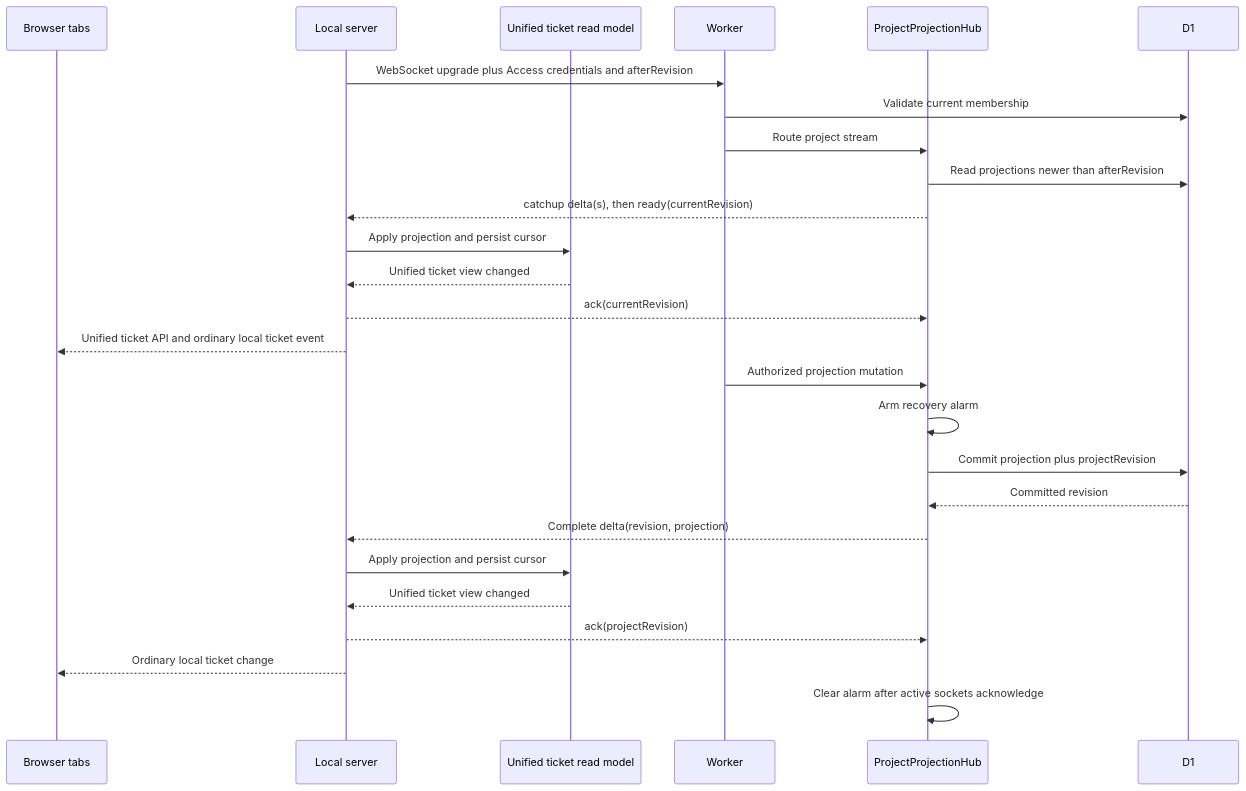
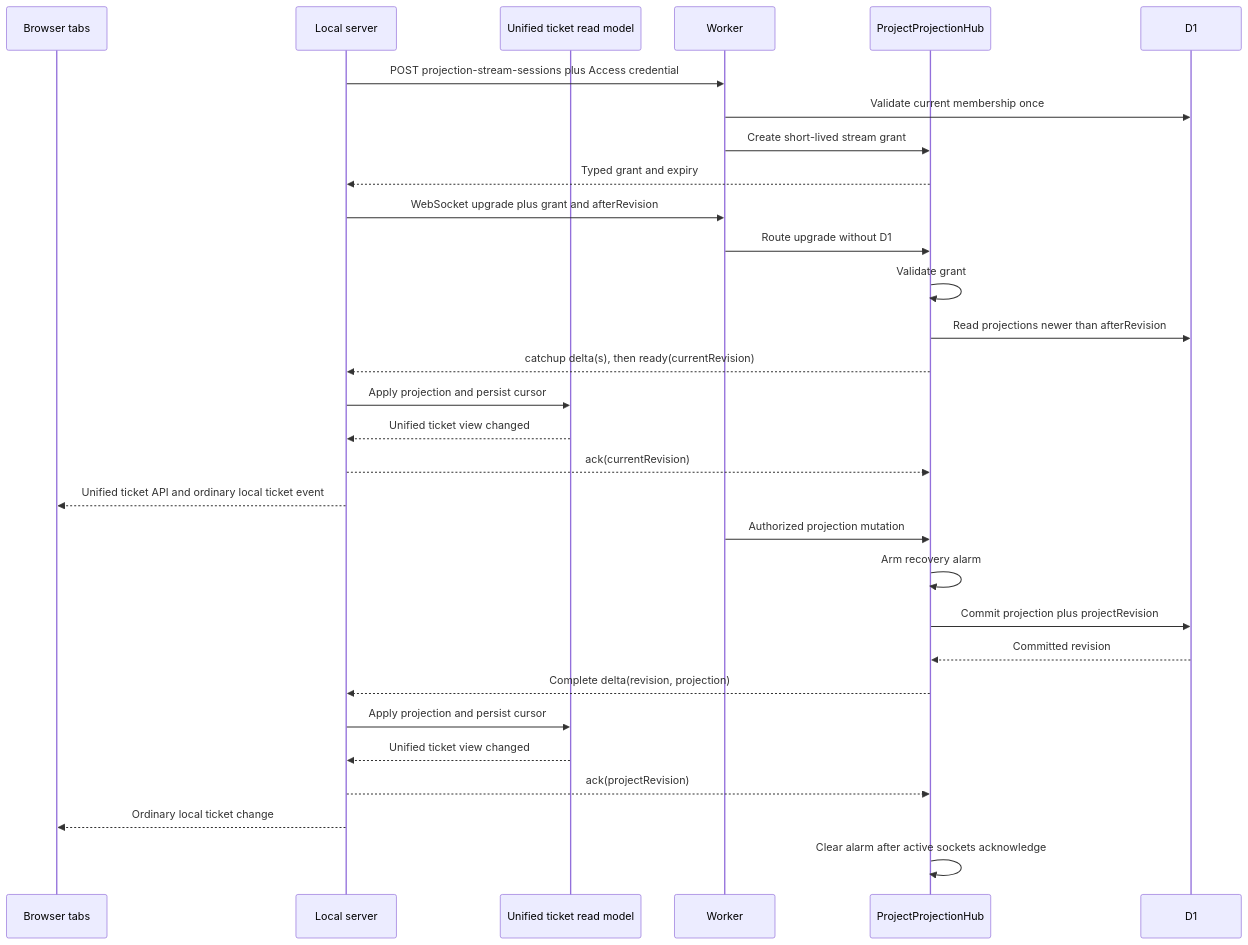
Before and after one commit to andkirby/markdown-ticket: the diagram in docs/CRs/MDT-226/architecture.md, drawn with Mermaid. The commit also changed other lines of this file and 31 other files, not shown here.

````diff
--- a/docs/CRs/MDT-226/architecture.md
+++ b/docs/CRs/MDT-226/architecture.md
@@ -12,29 +13,33 @@
 ```mermaid
 sequenceDiagram
   participant B as Browser tabs
   participant L as Local server
   participant R as Unified ticket read model
   participant W as Worker
   participant H as ProjectProjectionHub
   participant D as D1
 
-  L->>W: WebSocket upgrade plus Access credentials and afterRevision
-  W->>D: Validate current membership
-  W->>H: Route project stream
+  L->>W: POST projection-stream-sessions plus Access credential
+  W->>D: Validate current membership once
+  W->>H: Create short-lived stream grant
+  H-->>L: Typed grant and expiry
+  L->>W: WebSocket upgrade plus grant and afterRevision
+  W->>H: Route upgrade without D1
+  H->>H: Validate grant
   H->>D: Read projections newer than afterRevision
   H-->>L: catchup delta(s), then ready(currentRevision)
   L->>R: Apply projection and persist cursor
   R-->>L: Unified ticket view changed
   L-->>H: ack(currentRevision)
   L-->>B: Unified ticket API and ordinary local ticket event
   W->>H: Authorized projection mutation
   H->>H: Arm recovery alarm
   H->>D: Commit projection plus projectRevision
   D-->>H: Committed revision
   H-->>L: Complete delta(revision, projection)
   L->>R: Apply projection and persist cursor
   R-->>L: Unified ticket view changed
   L-->>H: ack(projectRevision)
   L-->>B: Ordinary local ticket change
   H->>H: Clear alarm after active sockets acknowledge
 ```
````
